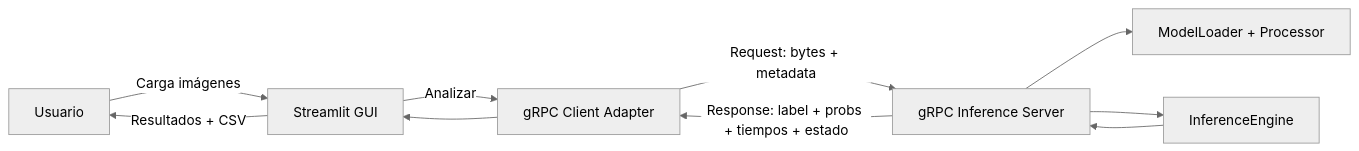
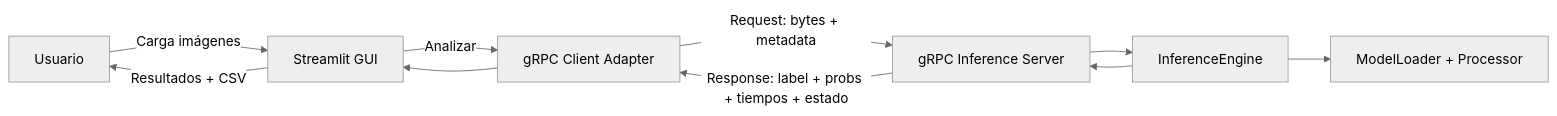
One commit to Deivs117/ImageAivsReal changed the diagram in docs/arquitectura.md. Above: the diagram before and after it, drawn with Mermaid (neutral theme).

Commit message:
Fix: Squematic Arquitecture

````diff
--- a/docs/arquitectura.md
+++ b/docs/arquitectura.md
@@ -55,12 +55,12 @@
 ```mermaid
 flowchart LR
   U[Usuario] -->|Carga imágenes| S[Streamlit GUI]
   S -->|Analizar| GC[gRPC Client Adapter]
   GC -->|Request: bytes + metadata| GS[gRPC Inference Server]
-  GS --> ML[ModelLoader + Processor]
   GS --> IE[InferenceEngine]
+  IE --> ML[ModelLoader + Processor]
   IE --> GS
   GS -->|Response: label + probs + tiempos + estado| GC
   GC --> S
   S -->|Resultados + CSV| U
 ```
````
